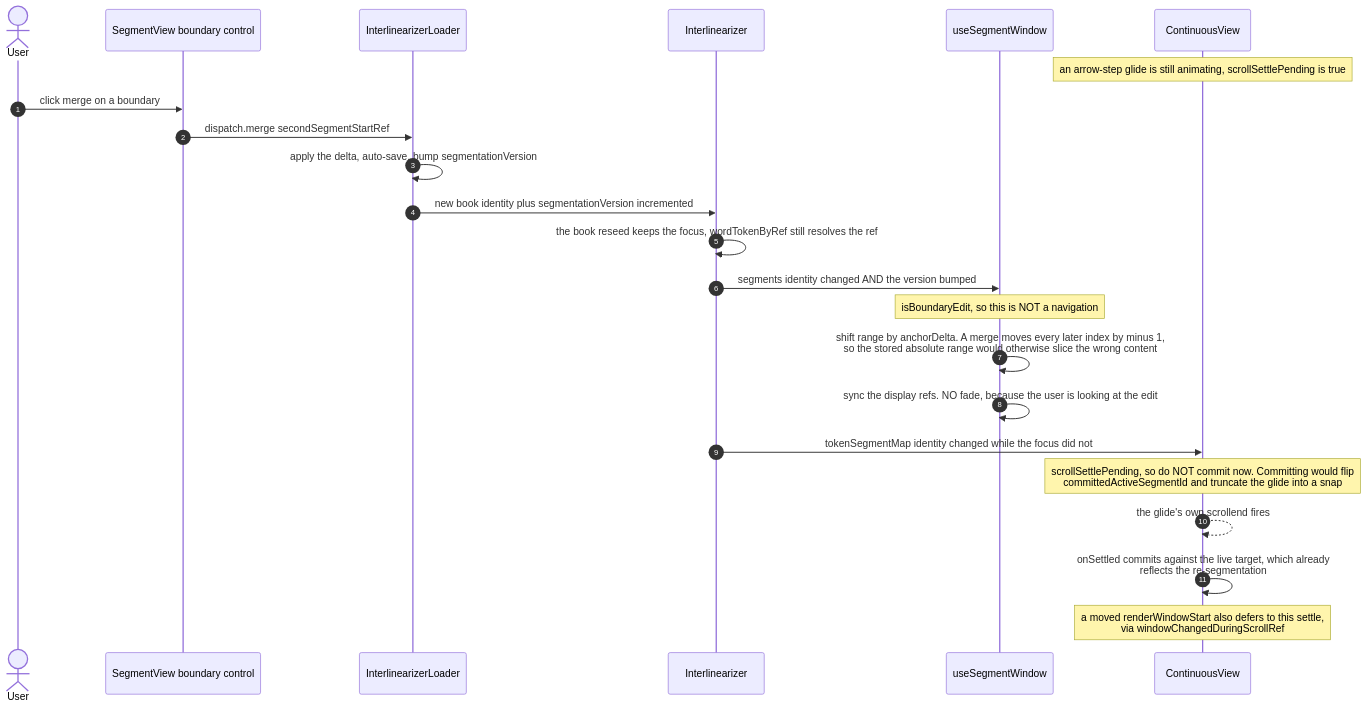
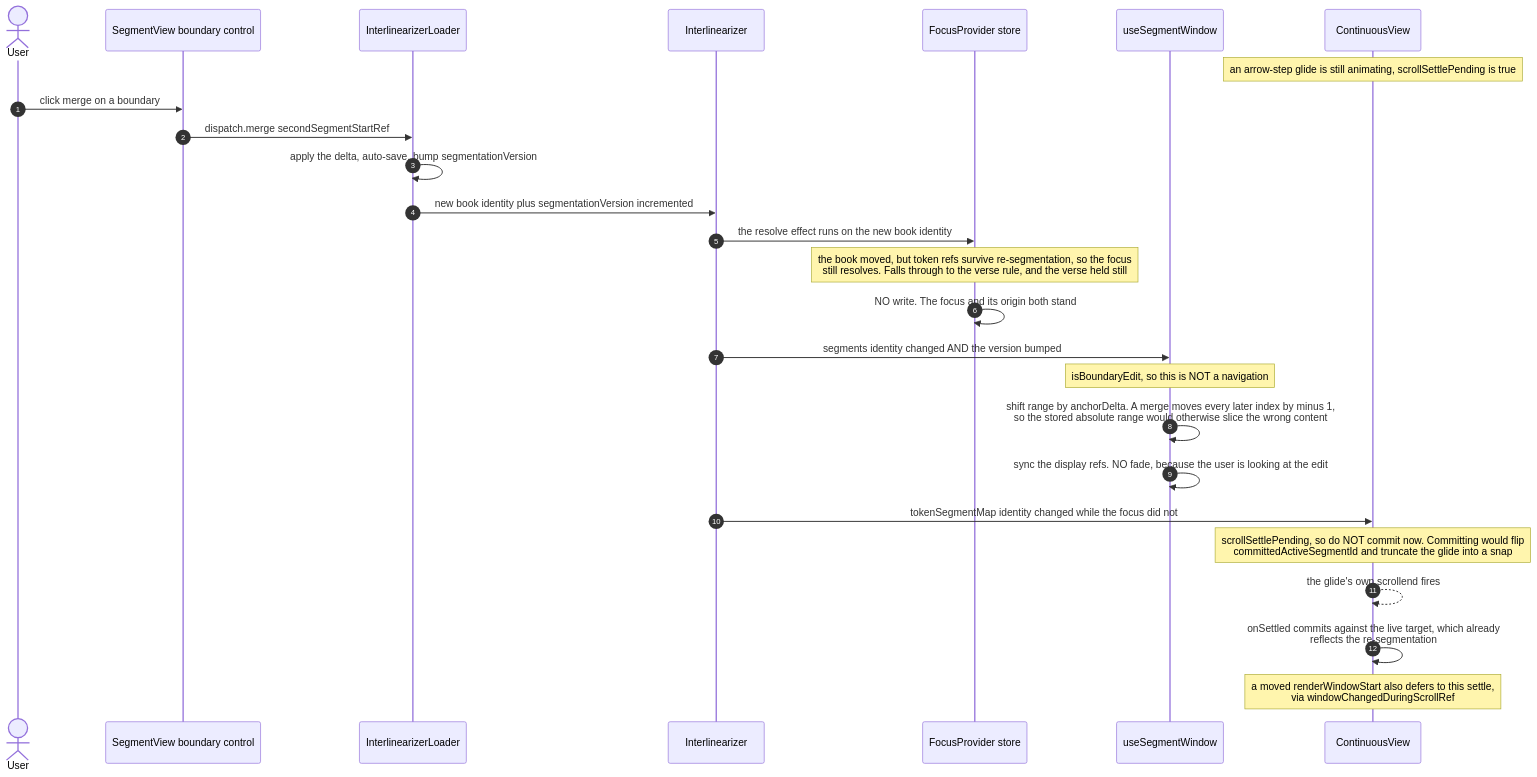
One commit to sillsdev/interlinearizer-extension changed the fifth of 6 diagrams in docs/navigation/04-scenarios.md. Above: the diagram before and after it, drawn with Mermaid. The commit also changed other lines of this file and 3 other files, not shown here.

````diff
--- a/docs/navigation/04-scenarios.md
+++ b/docs/navigation/04-scenarios.md
@@ -183,26 +224,29 @@
 ```mermaid
 sequenceDiagram
     autonumber
     actor U as User
     participant SV as SegmentView boundary control
     participant L as InterlinearizerLoader
     participant I as Interlinearizer
+    participant F as FocusProvider store
     participant W as useSegmentWindow
     participant S as ContinuousView
 
     Note over S: an arrow-step glide is still animating, scrollSettlePending is true
     U->>SV: click merge on a boundary
     SV->>L: dispatch.merge secondSegmentStartRef
     L->>L: apply the delta, auto-save, bump segmentationVersion
     L->>I: new book identity plus segmentationVersion incremented
-    I->>I: the book reseed keeps the focus, wordTokenByRef still resolves the ref
+    I->>F: the resolve effect runs on the new book identity
+    Note over F: the book moved, but token refs survive re-segmentation, so the focus<br/>still resolves. Falls through to the verse rule, and the verse held still
+    F->>F: NO write. The focus and its origin both stand
     I->>W: segments identity changed AND the version bumped
     Note over W: isBoundaryEdit, so this is NOT a navigation
     W->>W: shift range by anchorDelta. A merge moves every later index by minus 1,<br/>so the stored absolute range would otherwise slice the wrong content
     W->>W: sync the display refs. NO fade, because the user is looking at the edit
     I->>S: tokenSegmentMap identity changed while the focus did not
     Note over S: scrollSettlePending, so do NOT commit now. Committing would flip<br/>committedActiveSegmentId and truncate the glide into a snap
     S-->>S: the glide's own scrollend fires
     S->>S: onSettled commits against the live target, which already<br/>reflects the re-segmentation
     Note over S: a moved renderWindowStart also defers to this settle,<br/>via windowChangedDuringScrollRef
 ```
````
